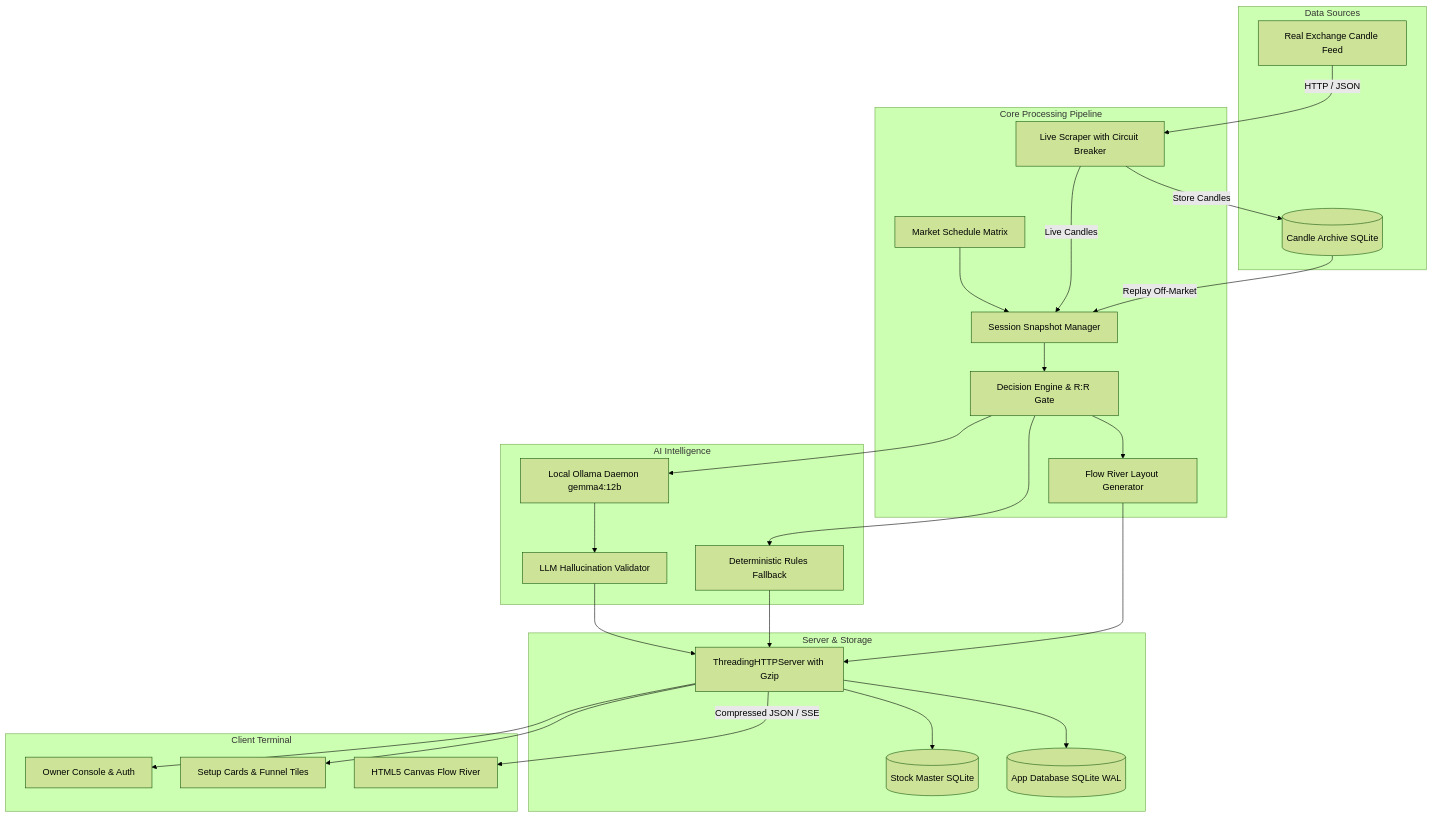
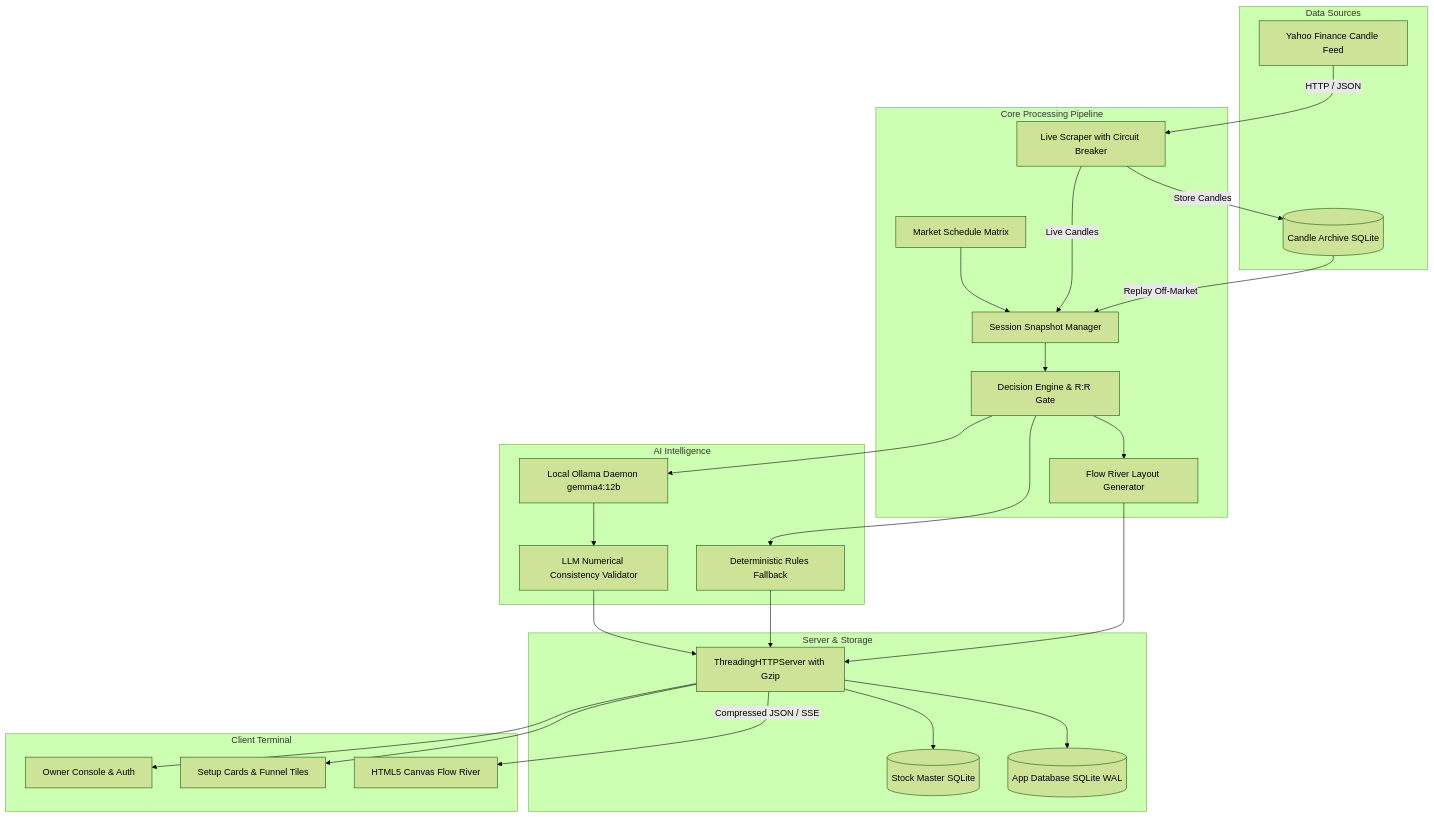
The diagram in docs/ARCHITECTURE.md (Ekanth45/zien-quant), drawn with Mermaid (forest theme) before and after one commit. The commit also changed other lines of this file and 27 other files, not shown here.

````diff
--- a/docs/ARCHITECTURE.md
+++ b/docs/ARCHITECTURE.md
@@ -9,52 +9,52 @@
 ```mermaid
 graph TD
     subgraph Data Sources
-        NSE[Real Exchange Candle Feed]
+        NSE[Yahoo Finance Candle Feed]
         LocalCandles[(Candle Archive SQLite)]
     end
 
     subgraph Core Processing Pipeline
         Scraper[Live Scraper with Circuit Breaker]
         Schedule[Market Schedule Matrix]
         Snapshots[Session Snapshot Manager]
         Decision[Decision Engine & R:R Gate]
         FlowEng[Flow River Layout Generator]
     end
 
     subgraph AI Intelligence
         Ollama[Local Ollama Daemon gemma4:12b]
-        Validator[LLM Hallucination Validator]
+        Validator[LLM Numerical Consistency Validator]
         Rules[Deterministic Rules Fallback]
     end
 
     subgraph Server & Storage
         HTTP[ThreadingHTTPServer with Gzip]
         AppDB[(App Database SQLite WAL)]
         StockDB[(Stock Master SQLite)]
     end
 
     subgraph Client Terminal
         Canvas[HTML5 Canvas Flow River]
         Cards[Setup Cards & Funnel Tiles]
         Console[Owner Console & Auth]
     end
 
     NSE -->|HTTP / JSON| Scraper
     Scraper -->|Store Candles| LocalCandles
     LocalCandles -->|Replay Off-Market| Snapshots
     Scraper -->|Live Candles| Snapshots
     Schedule --> Snapshots
     Snapshots --> Decision
     Decision --> FlowEng
     Decision --> Rules
     Decision --> Ollama
     Ollama --> Validator
     Rules --> HTTP
     Validator --> HTTP
     FlowEng --> HTTP
     HTTP --> AppDB
     HTTP --> StockDB
     HTTP -->|Compressed JSON / SSE| Canvas
     HTTP --> Cards
     HTTP --> Console
 ```
````
